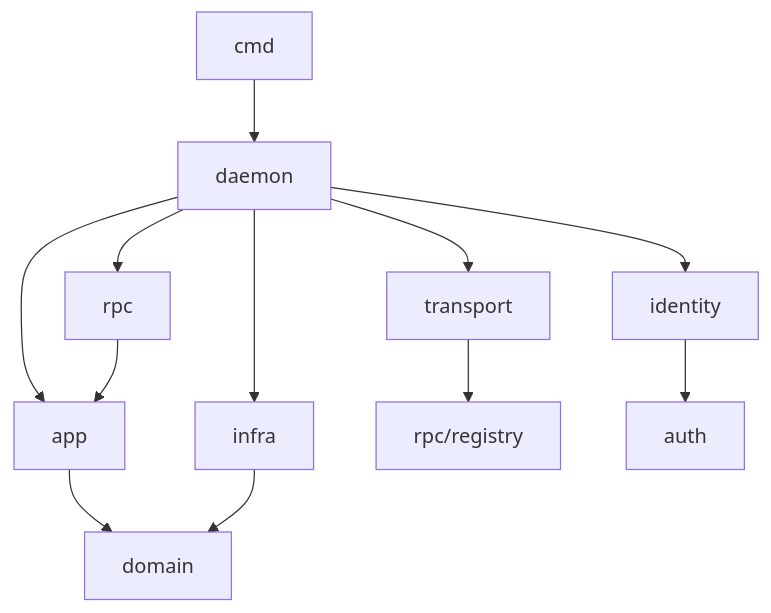
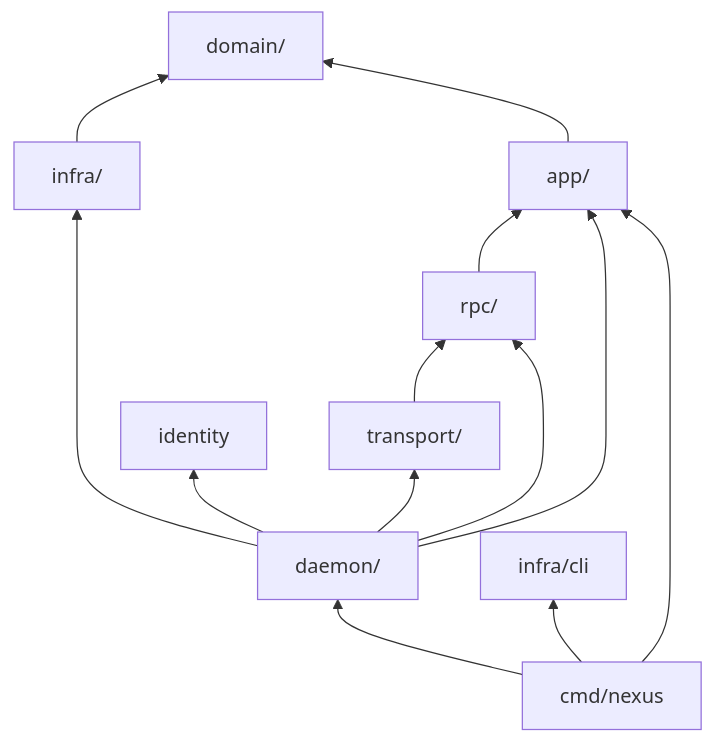
Before and after one commit to oursky/nexus: the fifth of 15 diagrams in ARCHITECTURE.md, drawn with Mermaid. The commit also changed other lines of this file, not shown here.

First line of the commit message:
docs: rewrite ARCHITECTURE.md with mermaid diagrams and current codebase structure

````diff
--- a/ARCHITECTURE.md
+++ b/ARCHITECTURE.md
@@ -31,14 +139,23 @@
 ```mermaid
-graph TD
+graph BT
+    domain["domain/"]
+    infra["infra/"]
+    app["app/"]
+    rpc["rpc/"]
+    transport["transport/"]
+    daemon["daemon/"]
+    cmd["cmd/nexus"]
+
+    infra --> domain
+    app --> domain
+    rpc --> app
+    transport --> rpc
+    daemon --> infra
+    daemon --> app
+    daemon --> rpc
+    daemon --> transport
+    daemon --> identity
     cmd --> daemon
-    daemon --> transport
-    daemon --> rpc
-    daemon --> app
-    daemon --> infra
-    daemon --> identity
-    rpc --> app
-    app --> domain
-    infra --> domain
-    transport --> rpc/registry
-    identity --> auth
+    cmd --> app
+    cmd --> infra/cli
 ```
````
